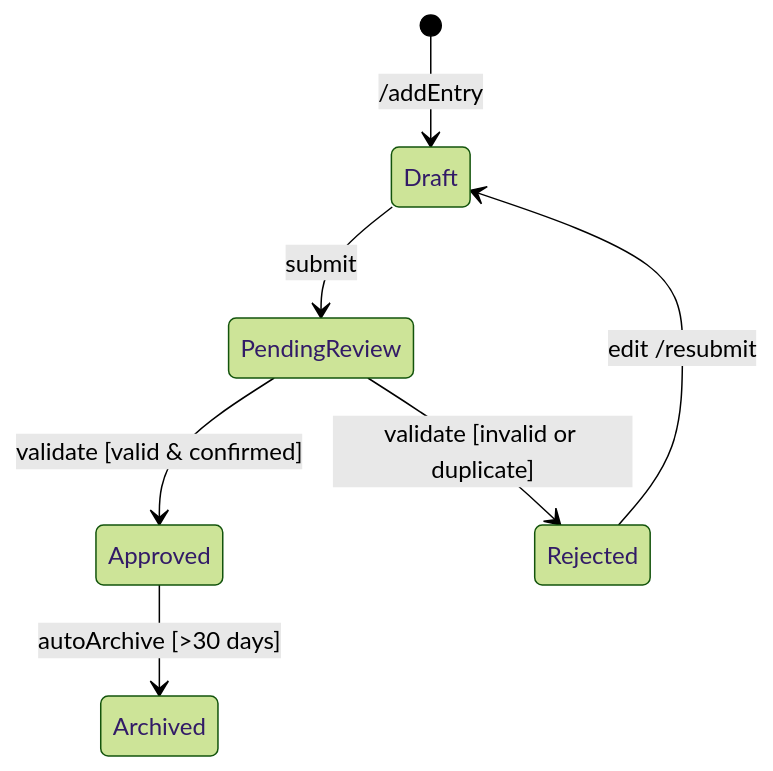
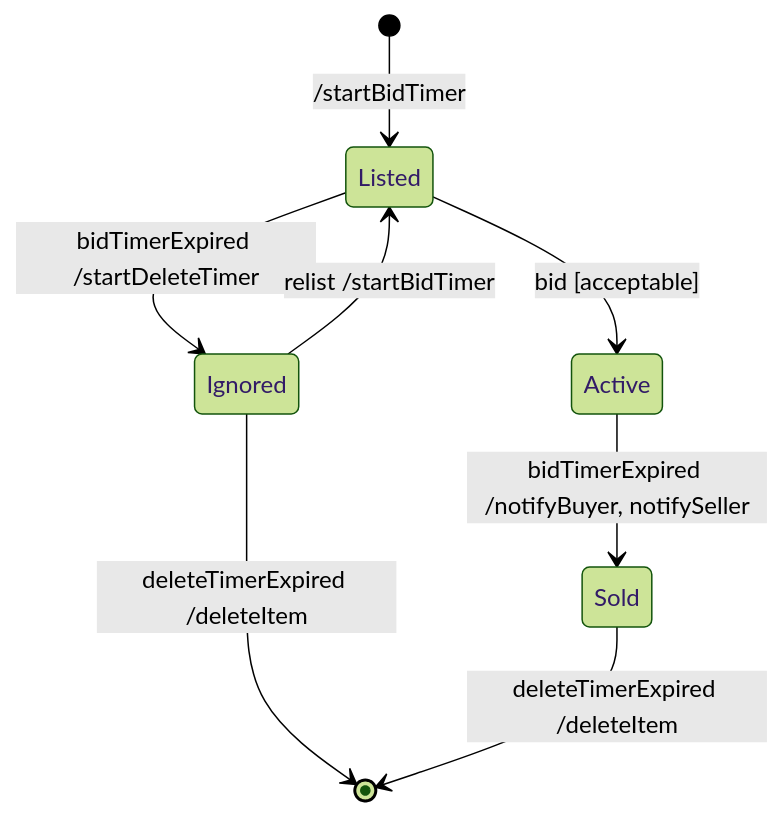
The second of 2 diagrams in State_Transition_Diagrams.md (NdumisoCPUT/informal-business-management), drawn with Mermaid (forest theme) before and after one commit.

````diff
--- a/State_Transition_Diagrams.md
+++ b/State_Transition_Diagrams.md
@@ -20,10 +20,12 @@
 ```mermaid
 stateDiagram-v2
-    [*] --> Draft : /addEntry
-    Draft --> PendingReview : submit
-    PendingReview --> Approved : validate [valid & confirmed]
-    PendingReview --> Rejected : validate [invalid or duplicate]
-    Rejected --> Draft : edit /resubmit
-    Approved --> Archived : autoArchive [>30 days]
+    [*] --> Listed : /startBidTimer
+    Listed --> Active : bid [acceptable]
+    Active --> Sold : bidTimerExpired /notifyBuyer, notifySeller
+    Listed --> Ignored : bidTimerExpired /startDeleteTimer
+    Ignored --> Listed : relist /startBidTimer
+    Ignored --> [*] : deleteTimerExpired /deleteItem
+    Sold --> [*] : deleteTimerExpired /deleteItem
+
 
 ```
````
